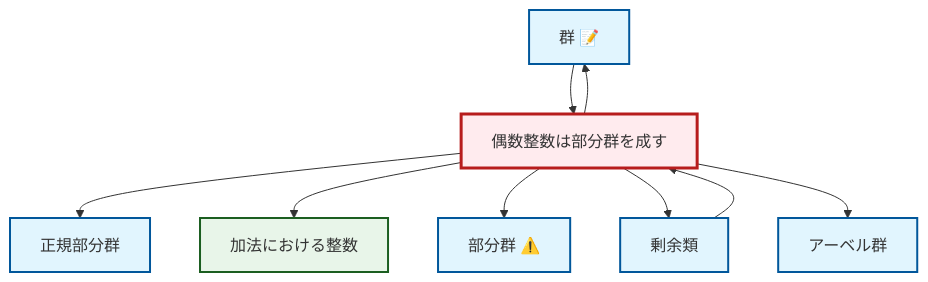
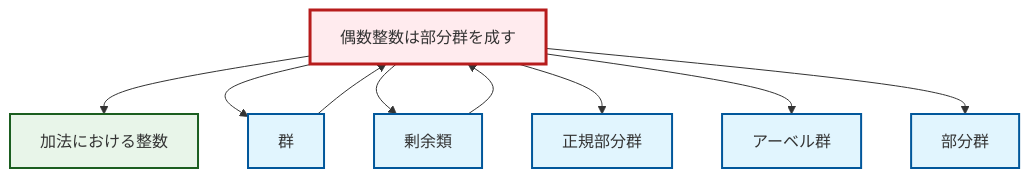
One commit to RK0429/ModernMath changed the diagram in output/mermaid/ja/ex-even-integers-subgroup.mermaid. Above: the diagram before and after it, drawn with Mermaid. The commit also changed 1710 other files, not shown here.

```diff
--- a/output/mermaid/ja/ex-even-integers-subgroup.mermaid
+++ b/output/mermaid/ja/ex-even-integers-subgroup.mermaid
@@ -1,22 +1,22 @@
 graph TD
     classDef definition fill:#e1f5fe,stroke:#01579b,stroke-width:2px
     classDef theorem fill:#f3e5f5,stroke:#4a148c,stroke-width:2px
     classDef axiom fill:#fff3e0,stroke:#e65100,stroke-width:2px
     classDef example fill:#e8f5e9,stroke:#1b5e20,stroke-width:2px
     classDef current fill:#ffebee,stroke:#b71c1c,stroke-width:3px
+    ex-even-integers-subgroup["偶数整数は部分群を成す"]:::example
+    def-abelian-group["アーベル群"]:::definition
     ex-integers-addition["加法における整数"]:::example
-    def-group["群 📝"]:::definition
+    def-subgroup["部分群"]:::definition
     def-coset["剰余類"]:::definition
-    def-abelian-group["アーベル群"]:::definition
-    ex-even-integers-subgroup["偶数整数は部分群を成す"]:::example
-    def-subgroup["部分群 ⚠️"]:::definition
     def-normal-subgroup["正規部分群"]:::definition
+    def-group["群"]:::definition
+    def-group --> ex-even-integers-subgroup
+    ex-even-integers-subgroup --> ex-integers-addition
+    ex-even-integers-subgroup --> def-group
+    def-coset --> ex-even-integers-subgroup
+    ex-even-integers-subgroup --> def-coset
     ex-even-integers-subgroup --> def-normal-subgroup
-    ex-even-integers-subgroup --> ex-integers-addition
-    def-coset --> ex-even-integers-subgroup
+    ex-even-integers-subgroup --> def-abelian-group
     ex-even-integers-subgroup --> def-subgroup
-    ex-even-integers-subgroup --> def-coset
-    ex-even-integers-subgroup --> def-group
-    def-group --> ex-even-integers-subgroup
-    ex-even-integers-subgroup --> def-abelian-group
     class ex-even-integers-subgroup current
```
